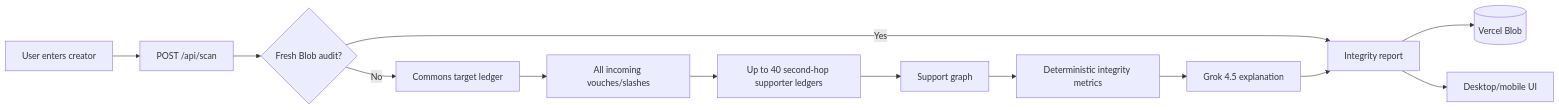
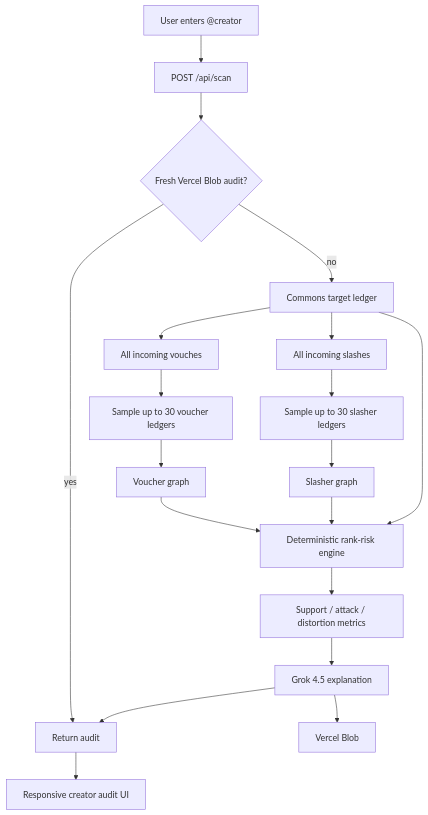
The first of 2 diagrams in README.md (mssystem1/x-account-authentication-for-commons-), drawn with Mermaid before and after one commit. The commit also changed other lines of this file, not shown here.

Commit message:
Document dual-axis Commons rank audit v3

````diff
--- a/README.md
+++ b/README.md
@@ -60,15 +106,26 @@
 ```mermaid
-flowchart LR
-    U[User enters creator] --> API[POST /api/scan]
-    API --> C{Fresh Blob audit?}
-    C -->|Yes| R[Return cached audit]
-    C -->|No| TL[Commons target ledger]
-    TL --> E[All incoming vouches/slashes]
-    E --> SH[Up to 40 second-hop supporter ledgers]
-    SH --> G[Support graph]
-    G --> M[Deterministic integrity metrics]
-    M --> AI[Grok 4.5 explanation]
-    AI --> R[Integrity report]
-    R --> B[(Vercel Blob)]
-    R --> UI[Desktop/mobile UI]
+flowchart TD
+    U[User enters @creator] --> API[POST /api/scan]
+    API --> CACHE{Fresh Vercel Blob audit?}
+    CACHE -->|yes| RESULT[Return audit]
+    CACHE -->|no| TARGET[Commons target ledger]
+
+    TARGET --> VOUCHES[All incoming vouches]
+    TARGET --> SLASHES[All incoming slashes]
+
+    VOUCHES --> VSAMPLE[Sample up to 30 voucher ledgers]
+    SLASHES --> SSAMPLE[Sample up to 30 slasher ledgers]
+
+    VSAMPLE --> VGRAPH[Voucher graph]
+    SSAMPLE --> SGRAPH[Slasher graph]
+
+    VGRAPH --> ENGINE[Deterministic rank-risk engine]
+    SGRAPH --> ENGINE
+    TARGET --> ENGINE
+
+    ENGINE --> SCORES[Support / attack / distortion metrics]
+    SCORES --> GROK[Grok 4.5 explanation]
+    GROK --> STORE[Vercel Blob]
+    GROK --> RESULT
+    RESULT --> UI[Responsive creator audit UI]
 ```
````
